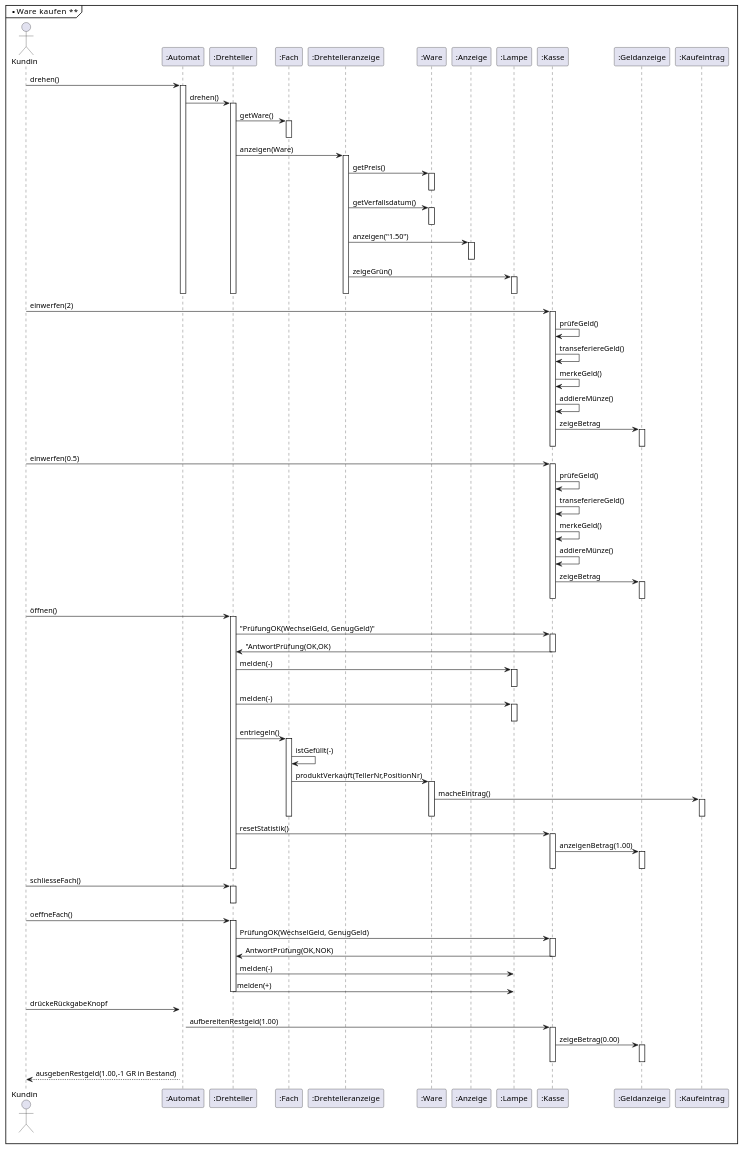
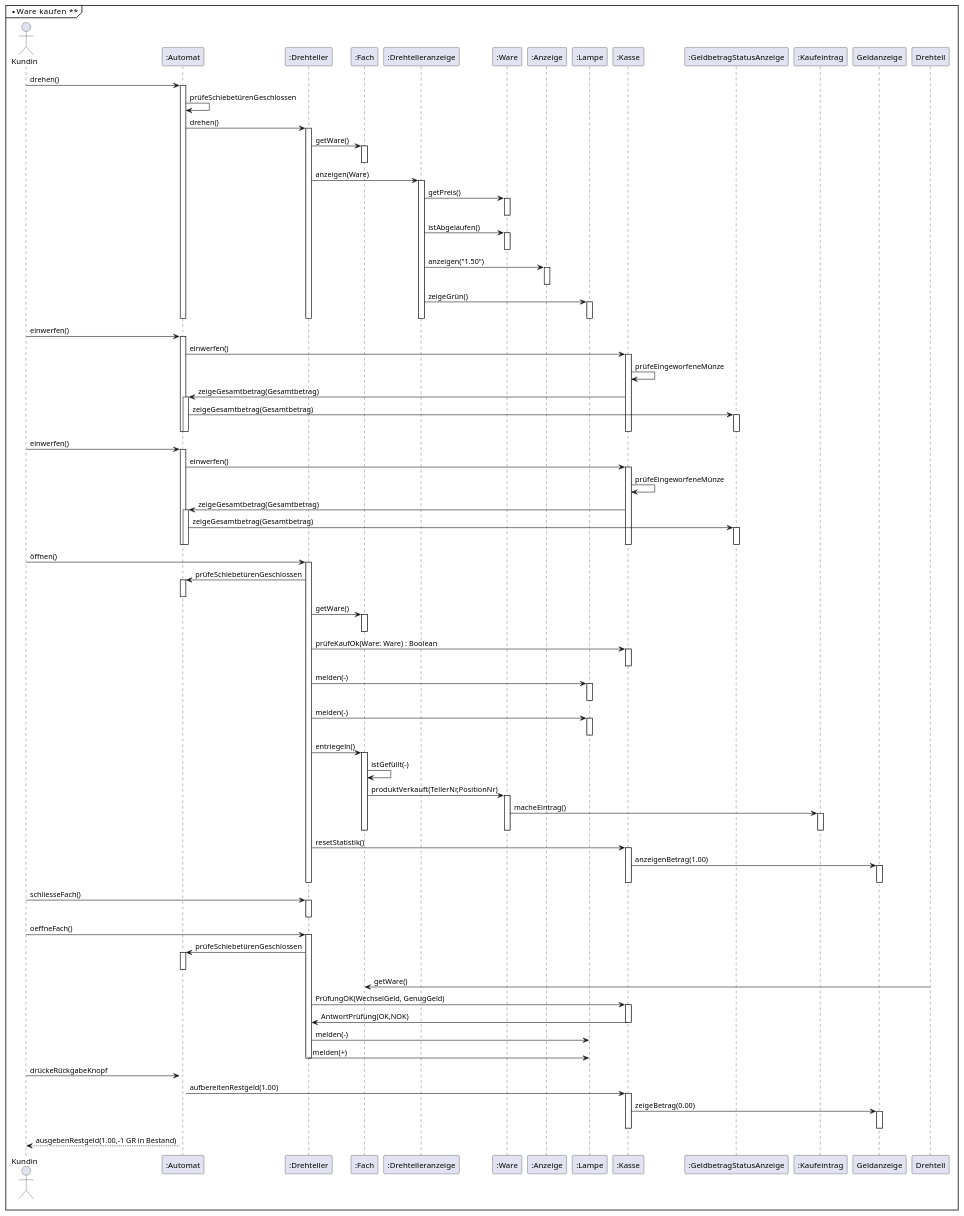
Before and after one commit to egoat/MAS-SE22_Warenautomat2022_Analyse: the third of 4 diagrams in Warenautomat.md, drawn with PlantUML. The commit also changed other lines of this file and 1 other file, not shown here.

```diff
--- a/Warenautomat.md
+++ b/Warenautomat.md
@@ -233,6 +242,7 @@
 participant ":Automat" as Automat 
 Kundin -> Automat : drehen()
 activate Automat
+    Automat -> Automat : prüfeSchiebetürenGeschlossen
     participant ":Drehteller" as Drehteller
     Automat -> Drehteller : drehen()
         activate Drehteller
@@ -247,7 +257,7 @@
             Drehtelleranzeige -> Ware : getPreis()
             activate Ware
             deactivate Ware
-            Drehtelleranzeige -> Ware : getVerfallsdatum()
+            Drehtelleranzeige -> Ware : istAbgelaufen()
             activate Ware
             deactivate Ware
             participant ":Anzeige" as Anzeige
@@ -262,38 +272,51 @@
         deactivate Drehtelleranzeige
     deactivate Automat
     
+Kundin -> Automat : einwerfen()
+activate Automat
 participant ":Kasse" as Kasse
-Kundin -> Kasse : einwerfen(2)
+Automat -> Kasse : einwerfen()
         activate Kasse
-        Kasse -> Kasse : prüfeGeld()
-        Kasse  -> Kasse : transeferiereGeld()
-        Kasse -> Kasse : merkeGeld()
-        Kasse -> Kasse : addiereMünze()
-        participant ":Geldanzeige" as Geldanzeige
-        Kasse -> Geldanzeige : zeigeBetrag
-            activate Geldanzeige
-            deactivate Geldanzeige
+        Kasse -> Kasse : prüfeEingeworfeneMünze
+        Kasse -> Automat : zeigeGesamtbetrag(Gesamtbetrag)
+        activate Automat
+        participant ":GeldbetragStatusAnzeige" as GeldbetragStatusAnzeige
+        Automat -> GeldbetragStatusAnzeige : zeigeGesamtbetrag(Gesamtbetrag)
+            activate GeldbetragStatusAnzeige
+            deactivate GeldbetragStatusAnzeige
+        deactivate Automat
         deactivate Kasse
     deactivate Automat
+    deactivate Automat
 
-Kundin -> Kasse : einwerfen(0.5)
+Kundin -> Automat : einwerfen()
+activate Automat
+participant ":Kasse" as Kasse
+Automat -> Kasse : einwerfen()
         activate Kasse
-        Kasse -> Kasse : prüfeGeld()
-        Kasse  -> Kasse : transeferiereGeld()
-        Kasse -> Kasse : merkeGeld()
-        Kasse -> Kasse : addiereMünze()
-        Kasse -> Geldanzeige : zeigeBetrag
-            activate Geldanzeige
-            deactivate Geldanzeige
+        Kasse -> Kasse : prüfeEingeworfeneMünze
+        Kasse -> Automat : zeigeGesamtbetrag(Gesamtbetrag)
+        activate Automat
+        participant ":GeldbetragStatusAnzeige" as GeldbetragStatusAnzeige
+        Automat -> GeldbetragStatusAnzeige : zeigeGesamtbetrag(Gesamtbetrag)
+            activate GeldbetragStatusAnzeige
+            deactivate GeldbetragStatusAnzeige
+        deactivate Automat
         deactivate Kasse
+    deactivate Automat
     deactivate Automat
 
 Kundin -> Drehteller : öffnen()
     activate Drehteller
-    Drehteller -> Kasse : "PrüfungOK(WechselGeld, GenugGeld)"
-        activate Kasse
-        Drehteller <- Kasse : "AntwortPrüfung(OK,OK)
-        deactivate Kasse
+    Drehteller -> Automat : prüfeSchiebetürenGeschlossen
+    activate Automat
+    deactivate Automat
+    Drehteller -> Fach : getWare()
+    activate Fach
+    deactivate Fach
+    Drehteller -> Kasse : prüfeKaufOk(Ware: Ware) : Boolean
+    activate Kasse
+    deactivate Kasse
 
     Drehteller -> Lampe : melden(-)
         activate Lampe
@@ -330,6 +353,10 @@
    
 Kundin -> Drehteller : oeffneFach()
     activate Drehteller
+    Drehteller -> Automat : prüfeSchiebetürenGeschlossen
+    activate Automat
+    deactivate Automat
+    Drehtell -> Fach : getWare()
     Drehteller -> Kasse : PrüfungOK(WechselGeld, GenugGeld)
         activate Kasse
         Kasse -> Drehteller : AntwortPrüfung(OK,NOK)
```
